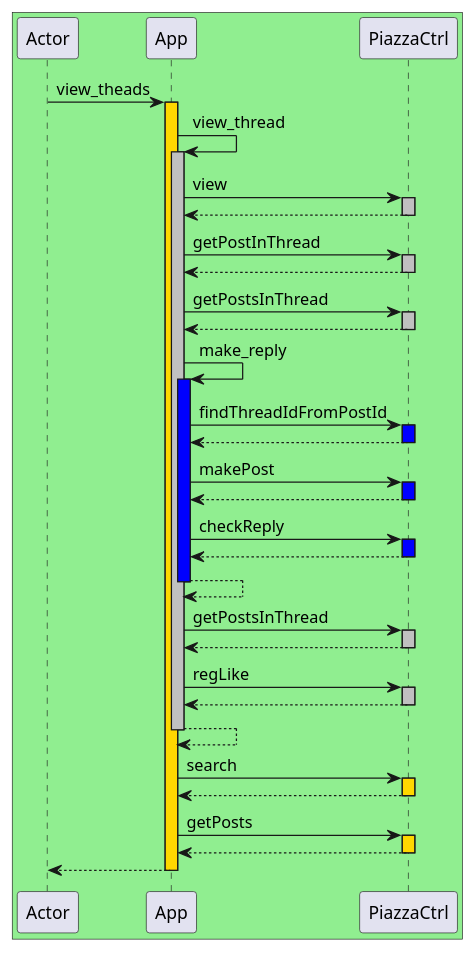
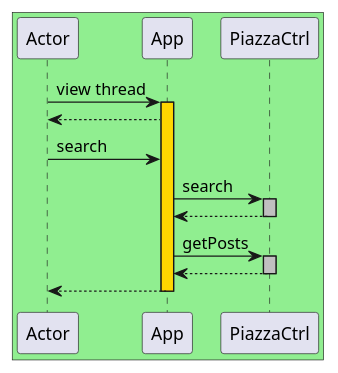
Before and after one commit to jonatanr2000/databaseprojsekt-del2: the diagram in ViewThreads.puml, drawn with PlantUML.

Commit message:
vegan sucks uml

```diff
--- a/ViewThreads.puml
+++ b/ViewThreads.puml
@@ -1,55 +1,17 @@
 @startuml
 box #lightgreen
 participant Actor
-Actor -> App : view_theads
+Actor -> App : view thread
 activate App #gold
-App -> App : view_thread
-activate App #silver
-App -> PiazzaCtrl : view
+App --> Actor
+Actor -> App : search
+App -> PiazzaCtrl : search
 activate PiazzaCtrl #silver
 PiazzaCtrl --> App
 deactivate PiazzaCtrl
-App -> PiazzaCtrl : getPostInThread
+App -> PiazzaCtrl : getPosts
 activate PiazzaCtrl #silver
-PiazzaCtrl --> App
-deactivate PiazzaCtrl
-App -> PiazzaCtrl : getPostsInThread
-activate PiazzaCtrl #silver
-PiazzaCtrl --> App
-deactivate PiazzaCtrl
-App -> App : make_reply
-activate App #blue
-App -> PiazzaCtrl : findThreadIdFromPostId
-activate PiazzaCtrl #blue
-PiazzaCtrl --> App
-deactivate PiazzaCtrl
-App -> PiazzaCtrl : makePost
-activate PiazzaCtrl #blue
-PiazzaCtrl --> App
-deactivate PiazzaCtrl
-App -> PiazzaCtrl : checkReply
-activate PiazzaCtrl #blue
-PiazzaCtrl --> App
-deactivate PiazzaCtrl
-App --> App
-deactivate App
-App -> PiazzaCtrl : getPostsInThread
-activate PiazzaCtrl #silver
-PiazzaCtrl --> App
-deactivate PiazzaCtrl
-App -> PiazzaCtrl : regLike
-activate PiazzaCtrl #silver
-PiazzaCtrl --> App
-deactivate PiazzaCtrl
-App --> App
-deactivate App
-App -> PiazzaCtrl : search
-activate PiazzaCtrl #gold
-PiazzaCtrl --> App
-deactivate PiazzaCtrl
-App -> PiazzaCtrl : getPosts
-activate PiazzaCtrl #gold
 PiazzaCtrl --> App
 deactivate PiazzaCtrl
 return
 @enduml
```
